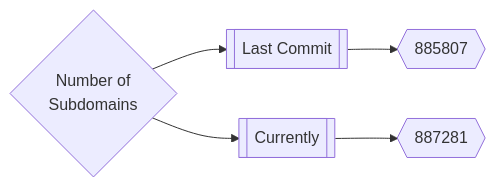
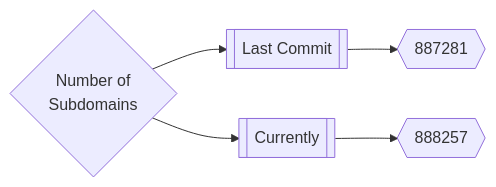
The first of 3 diagrams in README.md (trickest/inventory), drawn with Mermaid before and after one commit.

Commit message:
Update README.md Wed Jun 15 16:41:24 UTC 2022

````diff
--- a/README.md
+++ b/README.md
@@ -165,5 +165,5 @@
 ```mermaid
 graph LR
-title{Number of<br>Subdomains} --> subdomainsDate1[[Last Commit]] --> subdomainsNum1{{885807}}
-title --> subdomainsDate2[[Currently]] --> subdomainsNum2{{887281}}
+title{Number of<br>Subdomains} --> subdomainsDate1[[Last Commit]] --> subdomainsNum1{{887281}}
+title --> subdomainsDate2[[Currently]] --> subdomainsNum2{{888257}}
 ```
````
